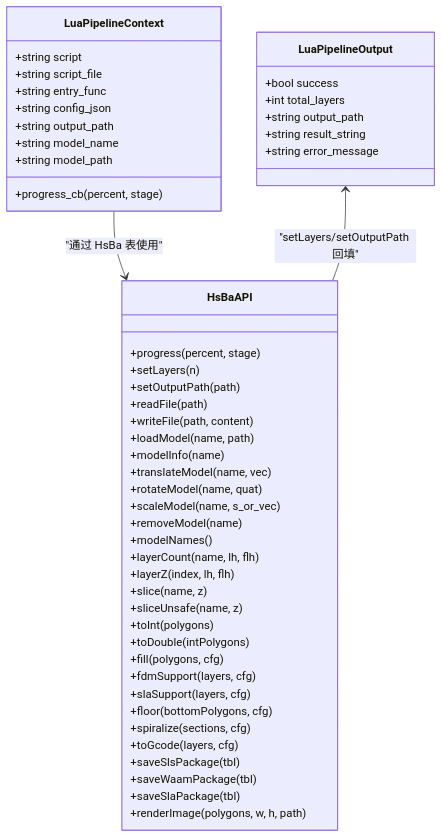
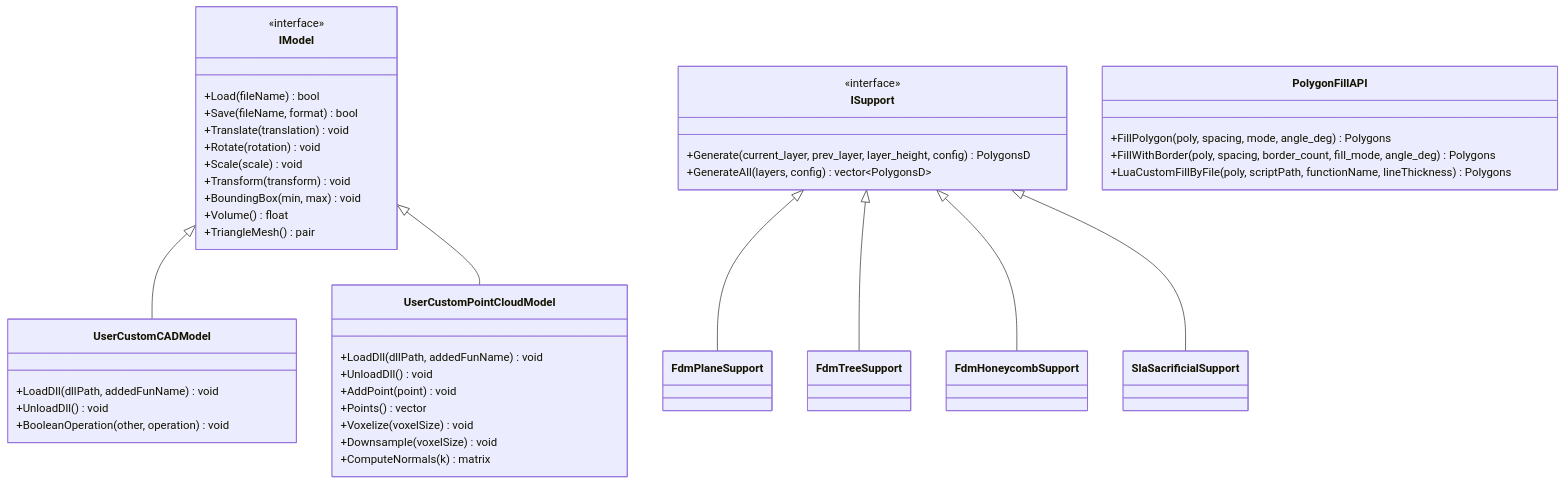
One commit to hsmbanlance/HsBaSlicer changed the second of 9 diagrams in .qoder/repowiki/zh/content/扩展开发指南/扩展开发指南.md. Above: the diagram before and after it, drawn with Mermaid. The commit also changed other lines of this file and 1135 other files, not shown here.

````diff
--- a/.qoder/repowiki/zh/content/扩展开发指南/扩展开发指南.md
+++ b/.qoder/repowiki/zh/content/扩展开发指南/扩展开发指南.md
@@ -109,52 +99,49 @@
 ```mermaid
 classDiagram
-class LuaPipelineContext {
-+string script
-+string script_file
-+string entry_func
-+string config_json
-+string output_path
-+string model_name
-+string model_path
-+progress_cb(percent, stage)
+class IModel {
+<<interface>>
++Load(fileName) bool
++Save(fileName, format) bool
++Translate(translation) void
++Rotate(rotation) void
++Scale(scale) void
++Transform(transform) void
++BoundingBox(min, max) void
++Volume() float
++TriangleMesh() pair
 }
-class LuaPipelineOutput {
-+bool success
-+int total_layers
-+string output_path
-+string result_string
-+string error_message
+class UserCustomCADModel {
++LoadDll(dllPath, addedFunName) void
++UnloadDll() void
++BooleanOperation(other, operation) void
 }
-class HsBaAPI {
-+progress(percent, stage)
-+setLayers(n)
-+setOutputPath(path)
-+readFile(path)
-+writeFile(path, content)
-+loadModel(name, path)
-+modelInfo(name)
-+translateModel(name, vec)
-+rotateModel(name, quat)
-+scaleModel(name, s_or_vec)
-+removeModel(name)
-+modelNames()
-+layerCount(name, lh, flh)
-+layerZ(index, lh, flh)
-+slice(name, z)
-+sliceUnsafe(name, z)
-+toInt(polygons)
-+toDouble(intPolygons)
-+fill(polygons, cfg)
-+fdmSupport(layers, cfg)
-+slaSupport(layers, cfg)
-+floor(bottomPolygons, cfg)
-+spiralize(sections, cfg)
-+toGcode(layers, cfg)
-+saveSlsPackage(tbl)
-+saveWaamPackage(tbl)
-+saveSlaPackage(tbl)
-+renderImage(polygons, w, h, path)
+class UserCustomPointCloudModel {
++LoadDll(dllPath, addedFunName) void
++UnloadDll() void
++AddPoint(point) void
++Points() vector
++Voxelize(voxelSize) void
++Downsample(voxelSize) void
++ComputeNormals(k) matrix
 }
-LuaPipelineContext --> HsBaAPI : "通过 HsBa 表使用"
-LuaPipelineOutput <-- HsBaAPI : "setLayers/setOutputPath 回填"
+class ISupport {
+<<interface>>
++Generate(current_layer, prev_layer, layer_height, config) PolygonsD
++GenerateAll(layers, config) vector~PolygonsD~
+}
+class FdmPlaneSupport
+class FdmTreeSupport
+class FdmHoneycombSupport
+class SlaSacrificialSupport
+class PolygonFillAPI {
++FillPolygon(poly, spacing, mode, angle_deg) Polygons
++FillWithBorder(poly, spacing, border_count, fill_mode, angle_deg) Polygons
++LuaCustomFillByFile(poly, scriptPath, functionName, lineThickness) Polygons
+}
+IModel <|-- UserCustomCADModel
+IModel <|-- UserCustomPointCloudModel
+ISupport <|-- FdmPlaneSupport
+ISupport <|-- FdmTreeSupport
+ISupport <|-- FdmHoneycombSupport
+ISupport <|-- SlaSacrificialSupport
 ```
````
